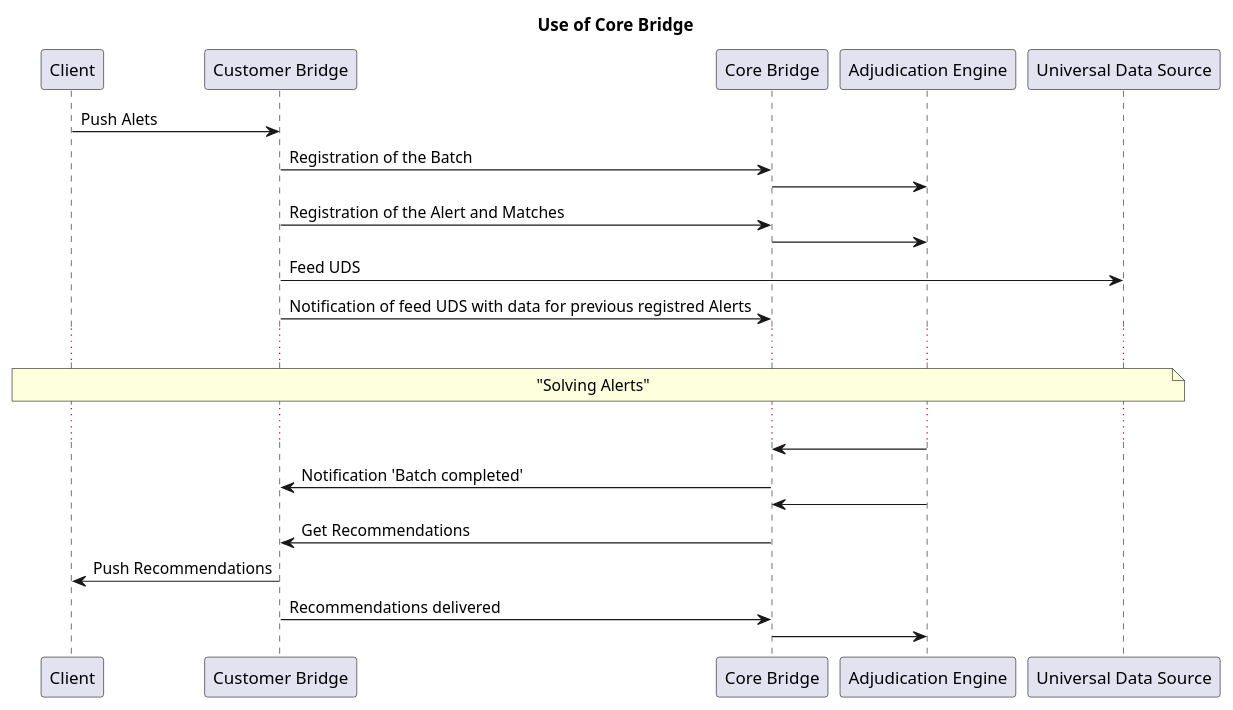
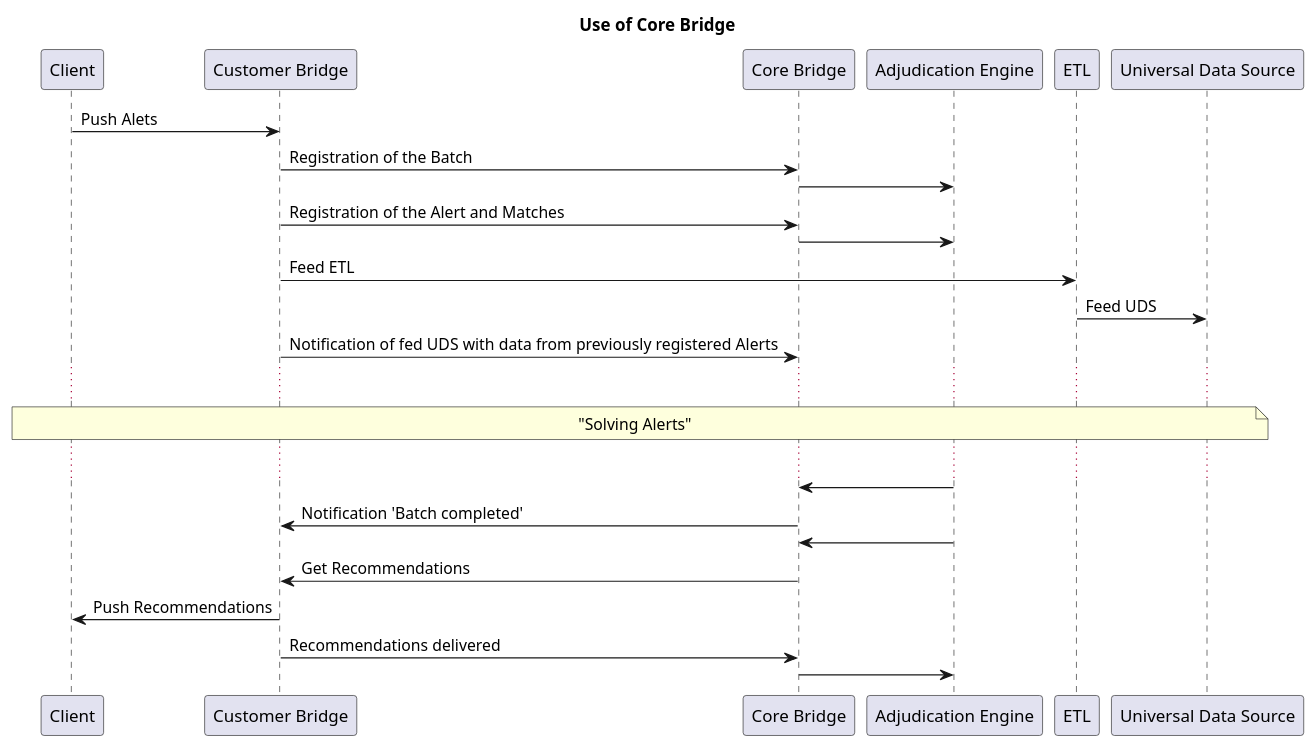
The diagram in modules/core-bridge/docs/core-bridge-communication.adoc (ngraczykowski/iris-root), drawn with PlantUML before and after one commit. The commit also changed 3 other files, not shown here.

```diff
--- a/modules/core-bridge/docs/core-bridge-communication.adoc
+++ b/modules/core-bridge/docs/core-bridge-communication.adoc
@@ -1,33 +1,35 @@
 [plantuml,importing-steps,svg]
 -----
 @startuml
 title Use of Core Bridge
 
 participant "Client" as cl
 participant "Customer Bridge" as cu
 participant "Core Bridge" as co
 participant "Adjudication Engine" as ae
+participant "ETL" as etl
 participant "Universal Data Source" as uds
 
 cl-> cu: Push Alets
 
 cu-> co: Registration of the Batch
 co -> ae:
 cu-> co: Registration of the Alert and Matches
 co -> ae:
-cu -> uds: Feed UDS
-cu-> co: Notification of feed UDS with data for previous registred Alerts
+cu -> etl: Feed ETL
+etl -> uds: Feed UDS
+cu-> co: Notification of fed UDS with data from previously registered Alerts
 
 ...
 note across: "Solving Alerts"
 ...
 
 ae -> co:
 co-> cu: Notification 'Batch completed'
 ae -> co:
 co-> cu: Get Recommendations
 cl <- cu: Push Recommendations
 cu-> co: Recommendations delivered
 ae <- co:
 @enduml
 -----
```
